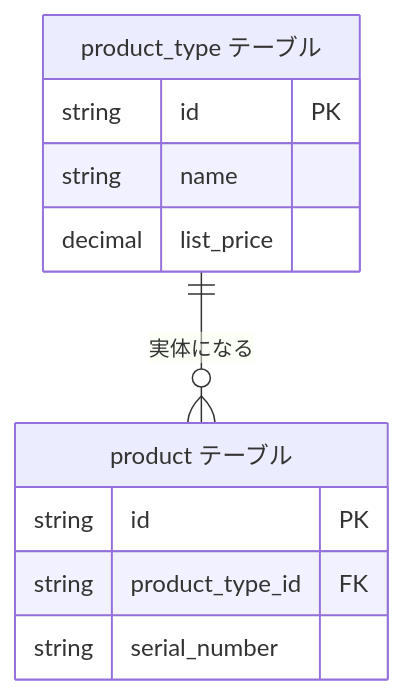
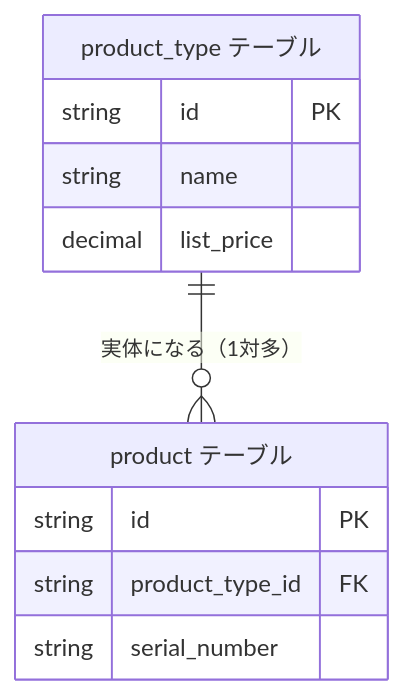
Before and after one commit to hiroki-it/tech-notebook: the second of 30 diagrams in docs/software/software_middleware_database_rdb_er.md, drawn with Mermaid. The commit also changed other lines of this file and 4 other files, not shown here.

````diff
--- a/docs/software/software_middleware_database_rdb_er.md
+++ b/docs/software/software_middleware_database_rdb_er.md
@@ -57,16 +57,16 @@
 ```mermaid
 erDiagram
   product_type["product_type テーブル"] {
     string id PK
     string name
     decimal list_price
   }
 
   product["product テーブル"] {
     string id PK
     string product_type_id FK
     string serial_number
   }
 
-  product_type ||--o{ product : "実体になる"
+  product_type ||--o{ product : "実体になる（1対多）"
 ```
````
